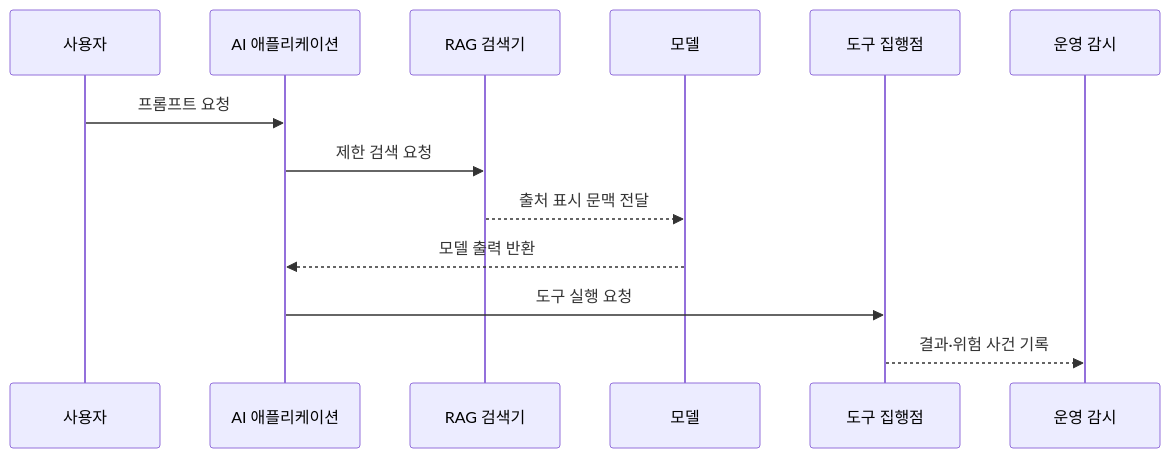
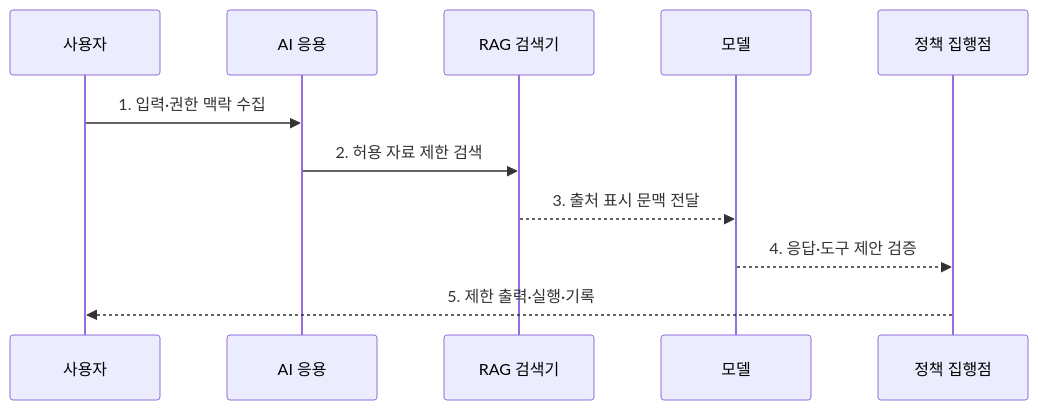
Before and after one commit to agnusdei1207/knowledge-base: the second of 2 diagrams in src/content/docs/notes/05-security/078_ai_security_threat_landscape.md, drawn with Mermaid. The commit also changed other lines of this file and 8 other files, not shown here.

````diff
--- a/src/content/docs/notes/05-security/078_ai_security_threat_landscape.md
+++ b/src/content/docs/notes/05-security/078_ai_security_threat_landscape.md
@@ -95,15 +85,13 @@
 ```mermaid
 sequenceDiagram
     participant U as 사용자
-    participant A as AI 애플리케이션
+    participant A as AI 응용
     participant R as RAG 검색기
     participant M as 모델
-    participant T as 도구 집행점
-    participant S as 운영 감시
-    U->>A: 프롬프트 요청
-    A->>R: 제한 검색 요청
-    R-->>M: 출처 표시 문맥 전달
-    M-->>A: 모델 출력 반환
-    A->>T: 도구 실행 요청
-    T-->>S: 결과·위험 사건 기록
+    participant P as 정책 집행점
+    U->>A: 1. 입력·권한 맥락 수집
+    A->>R: 2. 허용 자료 제한 검색
+    R-->>M: 3. 출처 표시 문맥 전달
+    M-->>P: 4. 응답·도구 제안 검증
+    P-->>U: 5. 제한 출력·실행·기록
 ```
````
